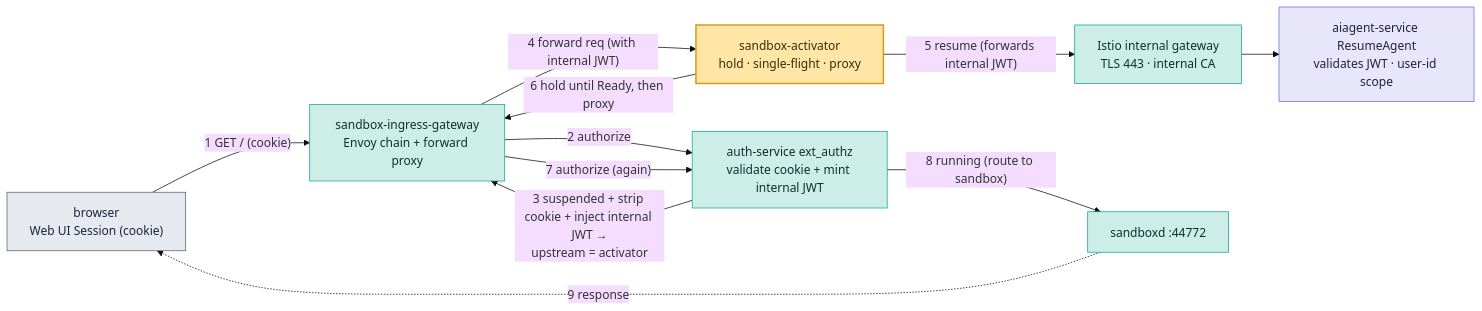
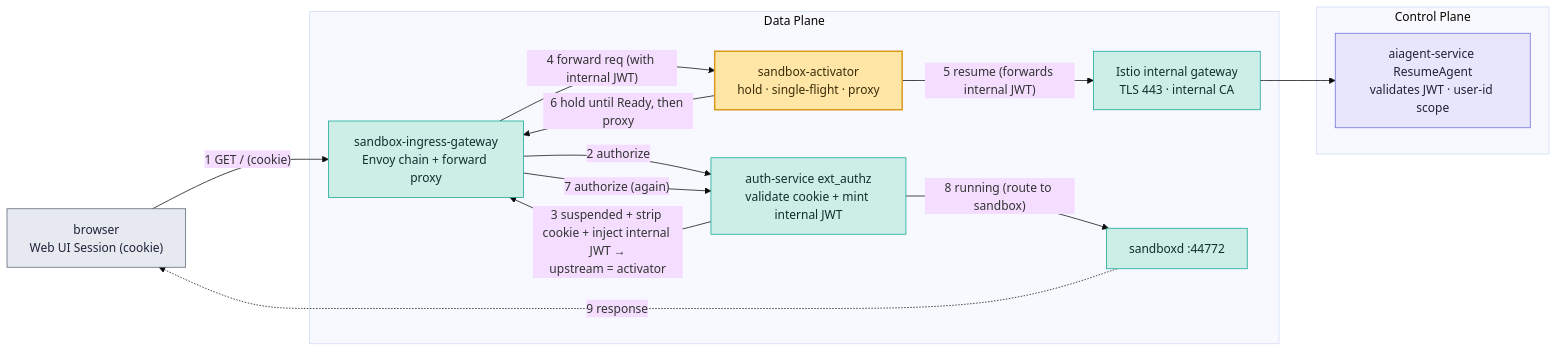
Before and after one commit to chandini1727/documentation-: the second of 2 diagrams in README.md, drawn with Mermaid (base theme). The commit also changed other lines of this file, not shown here.

First line of the commit message:
Enhance README with activator process details

````diff
--- a/README.md
+++ b/README.md
@@ -101,26 +108,32 @@
 ```mermaid
 flowchart LR
     cl["browser<br/>Web UI Session (cookie)"]:::store
-    gw["sandbox-ingress-gateway<br/>Envoy chain + forward proxy"]:::dp
-    az["auth-service ext_authz<br/>validate cookie + mint internal JWT"]:::dp
-    act["sandbox-activator<br/>hold · single-flight · proxy"]:::star
-    igw["Istio internal gateway<br/>TLS 443 · internal CA"]:::dp
-    cp["aiagent-service ResumeAgent<br/>validates JWT · user-id scope"]:::cp
-    sd["sandboxd :44772"]:::dp
+
+    subgraph DP [Data Plane]
+        gw["sandbox-ingress-gateway<br/>Envoy chain + forward proxy"]:::dp
+        az["auth-service ext_authz<br/>validate cookie + mint internal JWT"]:::dp
+        act["sandbox-activator<br/>hold · single-flight · proxy"]:::star
+        igw["Istio internal gateway<br/>TLS 443 · internal CA"]:::dp
+        sd["sandboxd :44772"]:::dp
+    end
+
+    subgraph CP [Control Plane]
+        cp["aiagent-service ResumeAgent<br/>validates JWT · user-id scope"]:::cp
+    end
 
     cl -->|"1 GET / (cookie)"| gw
     gw -->|"2 authorize"| az
     az -->|"3 suspended + strip cookie + inject internal JWT →<br/>upstream = activator"| gw
     gw -->|"4 forward req (with internal JWT)"| act
     act -->|"5 resume (forwards internal JWT)"| igw
     igw --> cp
     act -->|"6 hold until Ready, then proxy"| gw
     gw -->|"7 authorize (again)"| az
     az -->|"8 running (route to sandbox)"| sd
     sd -.->|"9 response"| cl
 
     classDef cp fill:#e7e6fb,stroke:#6b6be0,color:#20233a
     classDef dp fill:#cdeee7,stroke:#12a594,color:#10302b
     classDef star fill:#ffe6a7,stroke:#d99a1c,stroke-width:2px,color:#3a2c07
     classDef store fill:#e6e9ef,stroke:#5b6472,color:#20233a
 ```
````
